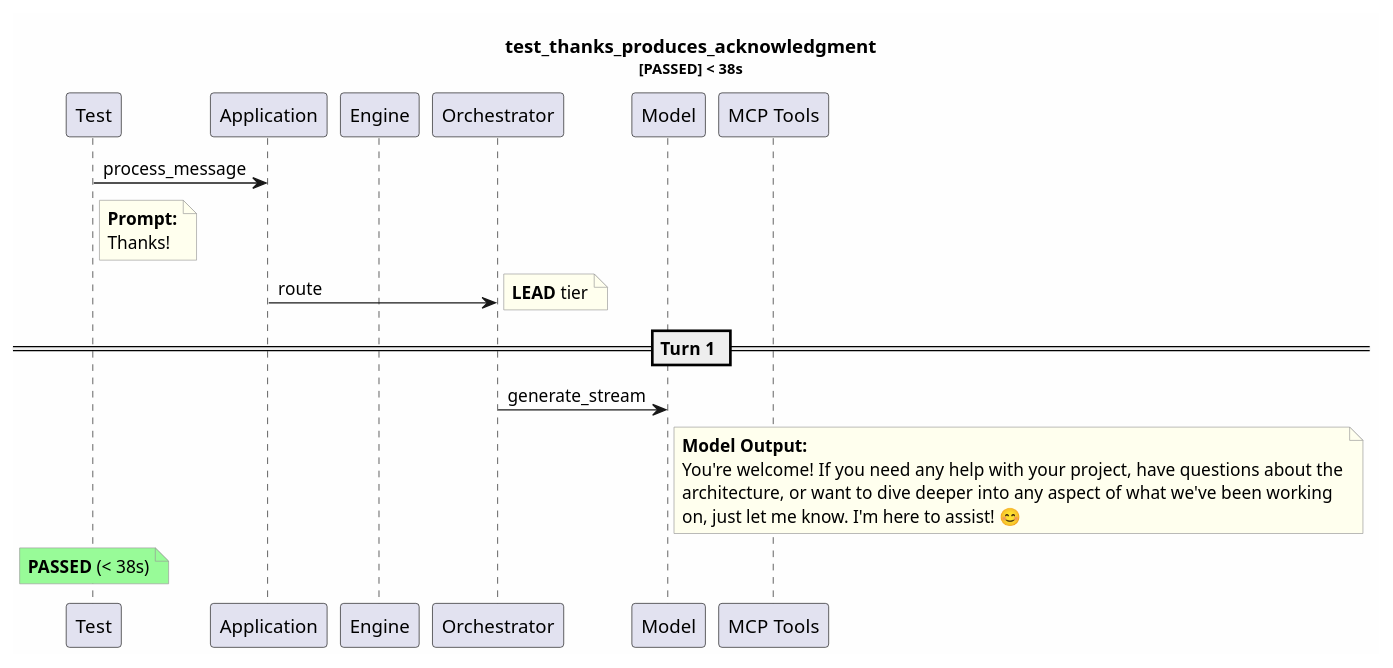
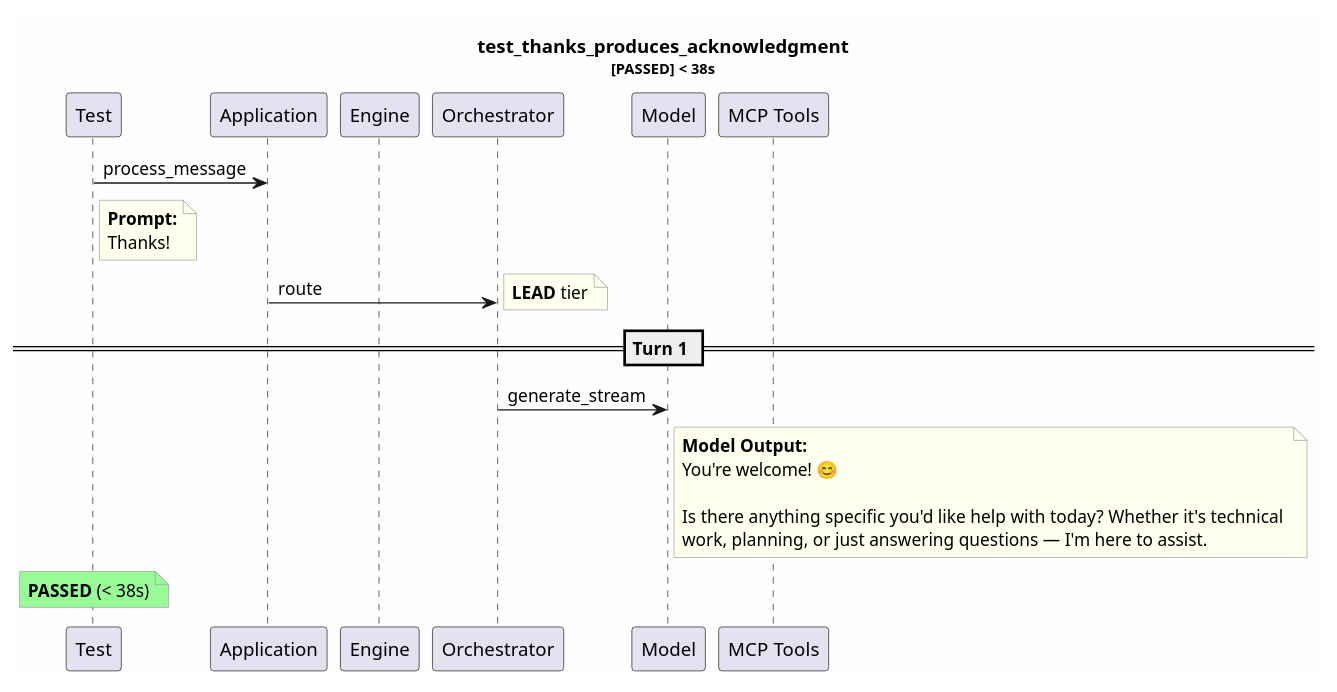
Before and after one commit to tvanfossen/entropic: the diagram in test-reports/logs/test_thanks_produces_acknowledgment/test_thanks_produces_acknowledgment.puml, drawn with PlantUML. The commit also changed 35 other files, not shown here.

```diff
--- a/test-reports/logs/test_thanks_produces_acknowledgment/test_thanks_produces_acknowledgment.puml
+++ b/test-reports/logs/test_thanks_produces_acknowledgment/test_thanks_produces_acknowledgment.puml
@@ -1,33 +1,34 @@
 @startuml
 skinparam backgroundColor #FEFEFE
 skinparam noteBorderColor #999999
 skinparam noteBackgroundColor #FFFFEE
 title test_thanks_produces_acknowledgment\n<size:11>[PASSED] < 38s</size>
 
 participant "Test" as T
 participant "Application" as App
 participant "Engine" as Eng
 participant "Orchestrator" as Orch
 participant "Model" as Mdl
 participant "MCP Tools" as MCP
 
 T -> App: process_message
 note right of T
   **Prompt:**
   Thanks!
 end note
 App -> Orch: route
 note right: **LEAD** tier
 == Turn 1 ==
 Orch -> Mdl: generate_stream
 note right of Mdl
   **Model Output:**
-  You're welcome! If you need any help with your project, have questions about the
-  architecture, or want to dive deeper into any aspect of what we've been working 
-  on, just let me know. I'm here to assist! 😊
+  You're welcome! 😊
+  
+  Is there anything specific you'd like help with today? Whether it's technical 
+  work, planning, or just answering questions — I'm here to assist.
 end note
 note over T #palegreen
   **PASSED** (< 38s)
 end note
 
 @enduml
```
